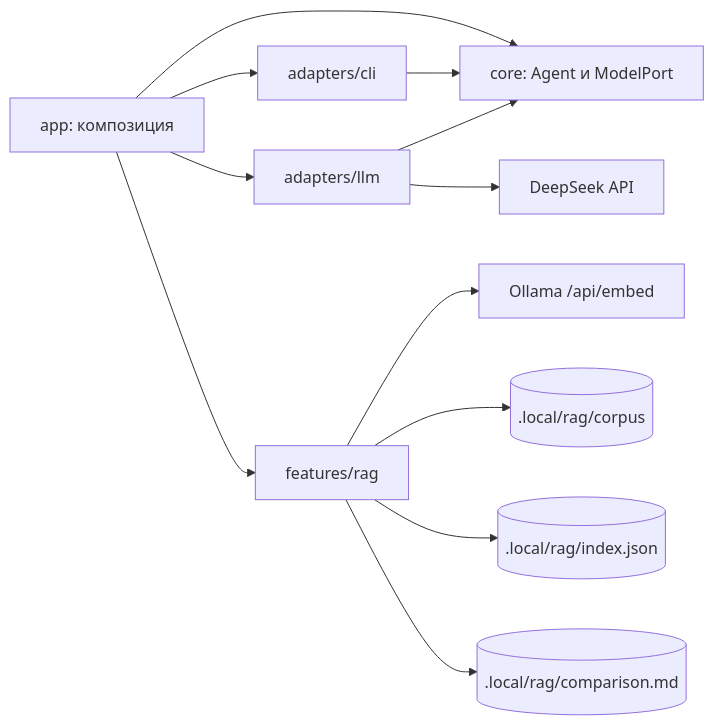
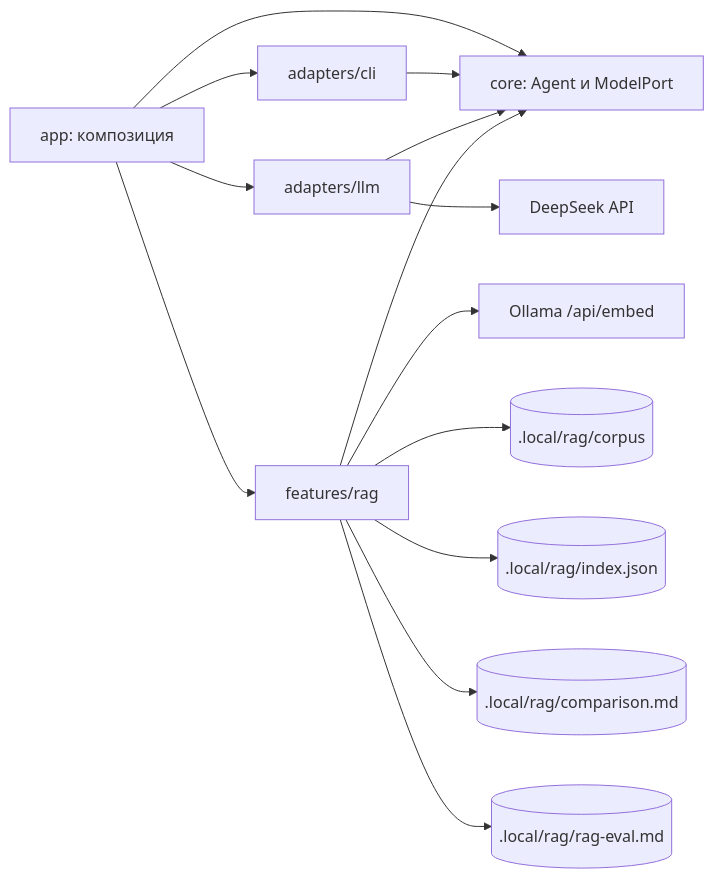
Before and after one commit to maxonmars/rag-lab: the diagram in ARCHITECTURE.md, drawn with Mermaid. The commit also changed other lines of this file and 52 other files, not shown here.

````diff
--- a/ARCHITECTURE.md
+++ b/ARCHITECTURE.md
@@ -9,14 +9,16 @@
 ```mermaid
 flowchart LR
     App[app: композиция] --> Core[core: Agent и ModelPort]
     App --> CLI[adapters/cli]
     App --> LLM[adapters/llm]
     App --> Rag[features/rag]
     CLI --> Core
     LLM --> Core
     LLM --> DeepSeek[DeepSeek API]
+    Rag --> Core
     Rag --> Ollama[Ollama /api/embed]
     Rag --> Corpus[(.local/rag/corpus)]
     Rag --> Index[(.local/rag/index.json)]
     Rag --> Report[(.local/rag/comparison.md)]
+    Rag --> EvalReport[(.local/rag/rag-eval.md)]
 ```
````
